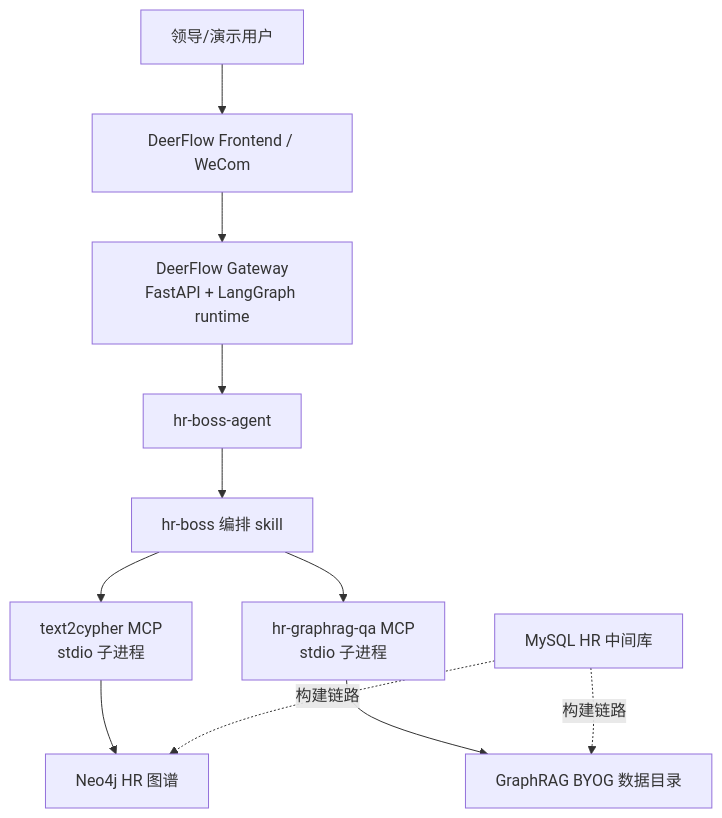
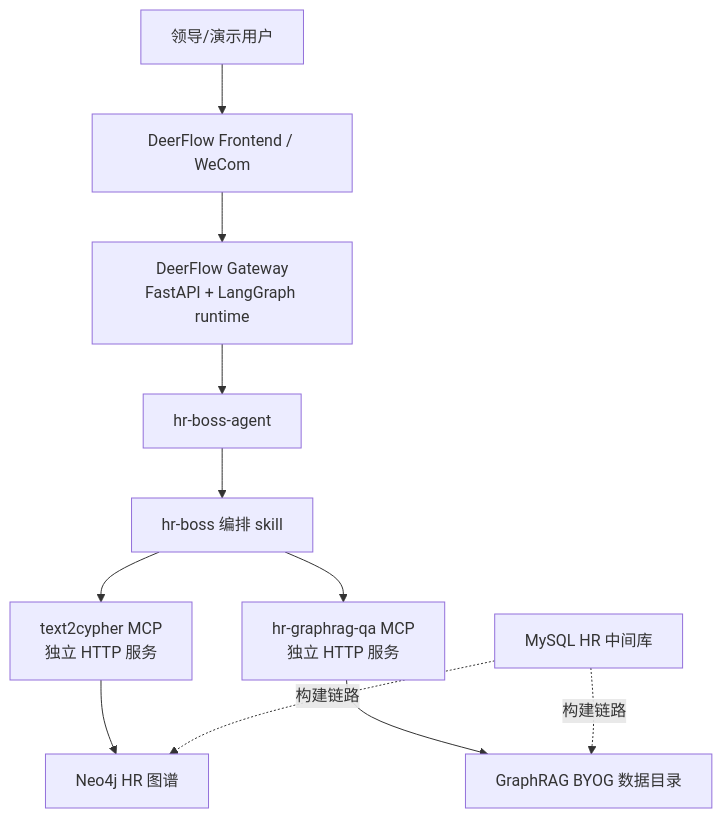
One commit to dsajkjgfdl/deer-flow changed the diagram in deployment/hr-boss-agent.md. Above: the diagram before and after it, drawn with Mermaid. The commit also changed other lines of this file and 216 other files, not shown here.

````diff
--- a/deployment/hr-boss-agent.md
+++ b/deployment/hr-boss-agent.md
@@ -12,13 +12,13 @@
 ```mermaid
 flowchart TD
   U["领导/演示用户"] --> FE["DeerFlow Frontend / WeCom"]
   FE --> GW["DeerFlow Gateway<br/>FastAPI + LangGraph runtime"]
   GW --> Agent["hr-boss-agent"]
   Agent --> Skill["hr-boss 编排 skill"]
-  Skill --> T2C["text2cypher MCP<br/>stdio 子进程"]
-  Skill --> RAG["hr-graphrag-qa MCP<br/>stdio 子进程"]
+  Skill --> T2C["text2cypher MCP<br/>独立 HTTP 服务"]
+  Skill --> RAG["hr-graphrag-qa MCP<br/>独立 HTTP 服务"]
   T2C --> N4J["Neo4j HR 图谱"]
   RAG --> RAGDATA["GraphRAG BYOG 数据目录"]
   MYSQL["MySQL HR 中间库"] -. "构建链路" .-> N4J
   MYSQL -. "构建链路" .-> RAGDATA
 ```
````
